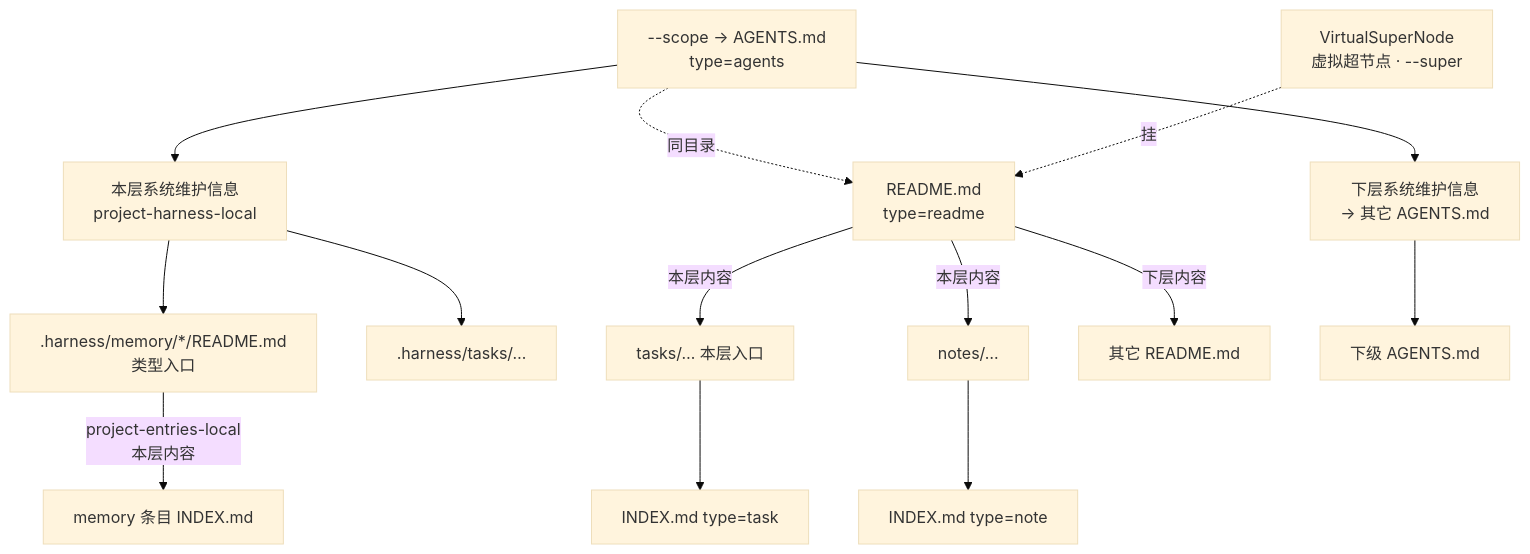
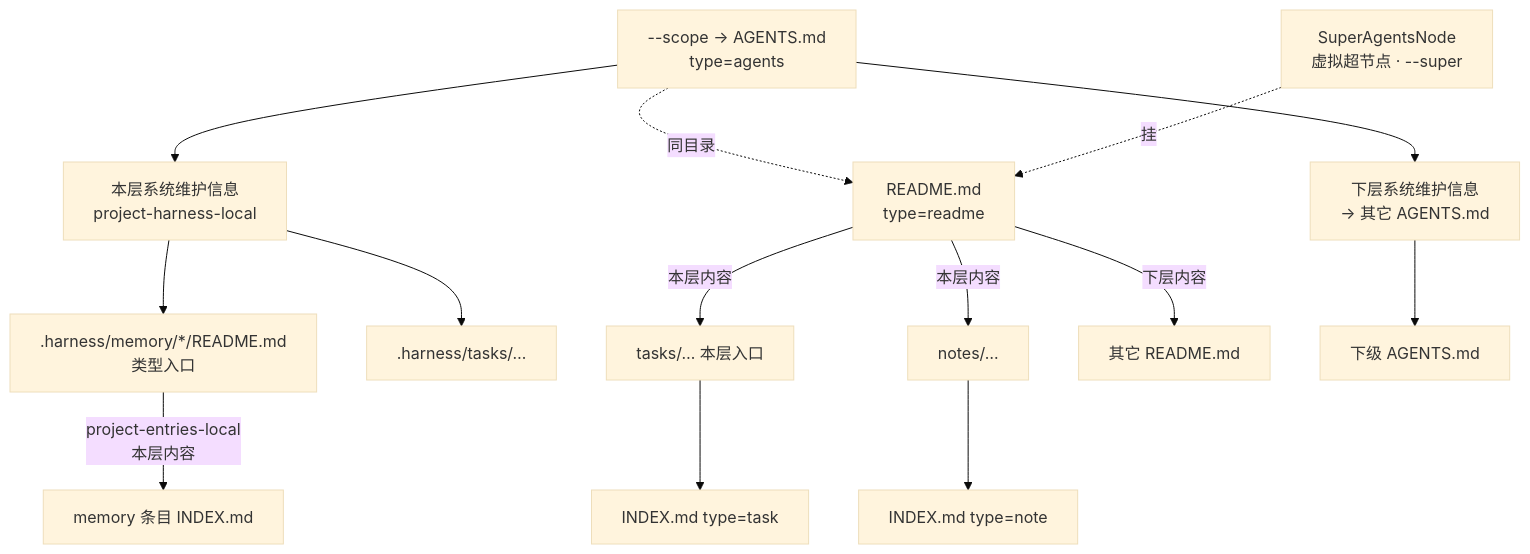
Before and after one commit to VirusPC/edges: the second of 4 diagrams in docs/superpowers/plans/2026-10-06-recursive-system-two-entries.md, drawn with Mermaid (base theme). The commit also changed other lines of this file and 9 other files, not shown here.

First line of the commit message:
docs: 虚拟超节点类名为 SuperAgentsNode

````diff
--- a/docs/superpowers/plans/2026-10-06-recursive-system-two-entries.md
+++ b/docs/superpowers/plans/2026-10-06-recursive-system-two-entries.md
@@ -67,20 +67,20 @@
 ```mermaid
 flowchart TB
-  VR["VirtualSuperNode<br/>虚拟超节点 · --super"] -.->|挂| RR
+  VR["SuperAgentsNode<br/>虚拟超节点 · --super"] -.->|挂| RR
   Scope["--scope → AGENTS.md<br/>type=agents"] --> Maint["本层系统维护信息<br/>project-harness-local"]
   Scope --> DownA["下层系统维护信息<br/>→ 其它 AGENTS.md"]
   Scope -.同目录.-> RR["README.md<br/>type=readme"]
 
   Maint --> TypeIdx[".harness/memory/*/README.md<br/>类型入口"]
   Maint --> HTasks[".harness/tasks/…"]
   TypeIdx -->|"project-entries-local<br/>本层内容"| MemLeaf["memory 条目 INDEX.md"]
 
   RR -->|"本层内容"| Tasks["tasks/… 本层入口"]
   RR -->|"本层内容"| Notes["notes/…"]
   RR -->|"下层内容"| NestedR["其它 README.md"]
 
   Tasks --> Task["INDEX.md type=task"]
   Notes --> Note["INDEX.md type=note"]
 
   DownA --> ChildA["下级 AGENTS.md"]
 ```
````
